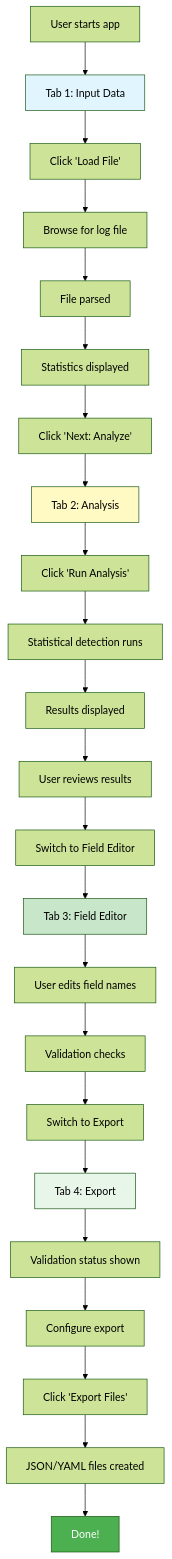
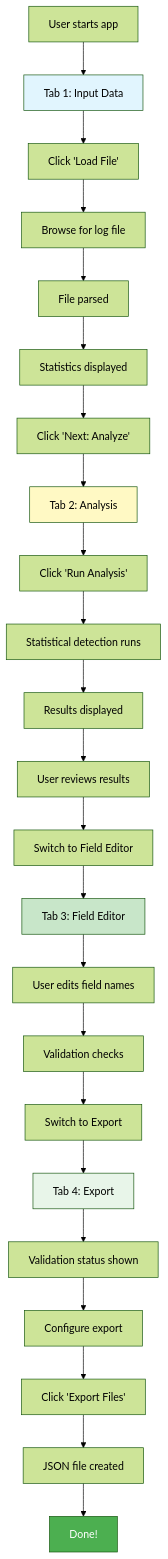
The second of 3 diagrams in Documents/ModernDesign/06-Protocol-Analyzer-Complete-UI.md (chumpon-asaneerat/NSerialCommTools), drawn with Mermaid (forest theme) before and after one commit. The commit also changed other lines of this file and 1 other file, not shown here.

````diff
--- a/Documents/ModernDesign/06-Protocol-Analyzer-Complete-UI.md
+++ b/Documents/ModernDesign/06-Protocol-Analyzer-Complete-UI.md
@@ -705,35 +704,35 @@
 ```mermaid
 graph TD
     Start[User starts app] --> Tab1[Tab 1: Input Data]
 
     Tab1 --> Load[Click 'Load File']
     Load --> Browse[Browse for log file]
     Browse --> Parse[File parsed]
     Parse --> Stats[Statistics displayed]
     Stats --> Next1[Click 'Next: Analyze']
 
     Next1 --> Tab2[Tab 2: Analysis]
     Tab2 --> Analyze[Click 'Run Analysis']
     Analyze --> Detect[Statistical detection runs]
     Detect --> Results[Results displayed]
     Results --> Review[User reviews results]
     Review --> Next2[Switch to Field Editor]
 
     Next2 --> Tab3[Tab 3: Field Editor]
     Tab3 --> Edit[User edits field names]
     Edit --> Validate[Validation checks]
     Validate --> Next3[Switch to Export]
 
     Next3 --> Tab4[Tab 4: Export]
     Tab4 --> Verify[Validation status shown]
     Verify --> Configure[Configure export]
     Configure --> Export[Click 'Export Files']
-    Export --> Files[JSON/YAML files created]
+    Export --> Files[JSON file created]
     Files --> Done[Done!]
 
     style Tab1 fill:#E1F5FE
     style Tab2 fill:#FFF9C4
     style Tab3 fill:#C8E6C9
     style Tab4 fill:#E8F5E9
     style Done fill:#4CAF50,color:#FFF
 ```
````
